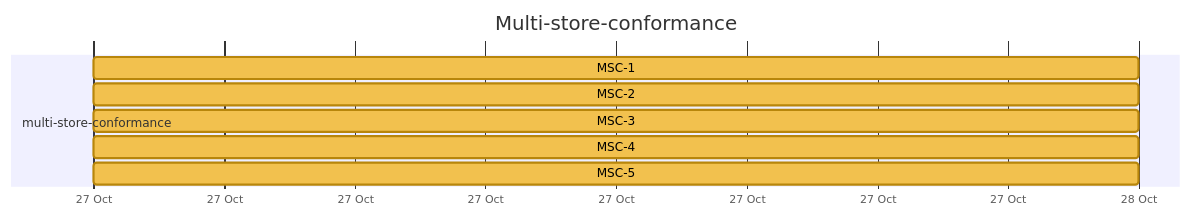
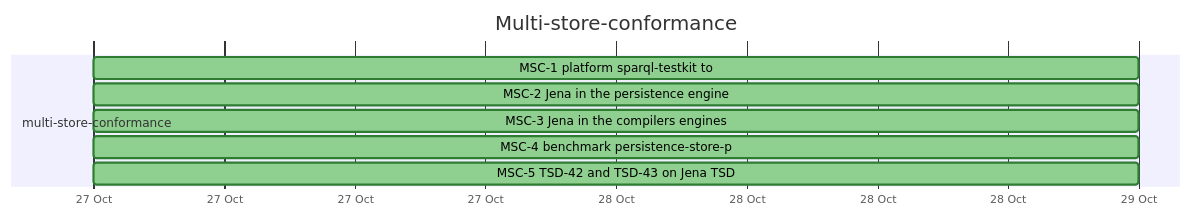
The ninth of 25 diagrams in docs/developer/ROADMAP.md (nebularis/lattice), drawn with Mermaid before and after one commit. The commit also changed other lines of this file and 6 other files, not shown here.

````diff
--- a/docs/developer/ROADMAP.md
+++ b/docs/developer/ROADMAP.md
@@ -305,13 +305,13 @@
 ```mermaid
 %%{init: {"themeVariables": {"taskBkgColor": "#f2c14e", "taskBorderColor": "#b8860b", "taskTextColor": "#000000", "activeTaskBkgColor": "#4e9af1", "activeTaskBorderColor": "#1f5fbf", "activeTaskBorderColor": "#1f5fbf", "doneTaskBkgColor": "#8fcf8f", "doneTaskBorderColor": "#2f7d32", "critBkgColor": "#f28b82", "critBorderColor": "#b23a30", "taskTextDarkColor": "#000000", "taskTextLightColor": "#000000"}}}%%
 gantt
     title Multi-store-conformance
     dateFormat YYYY-MM-DD
     axisFormat %d %b
     section multi-store-conformance
-    MSC-1 :msc1, 2026-10-27, 2026-10-28
-    MSC-2 :msc2, 2026-10-27, 2026-10-28
-    MSC-3 :msc3, 2026-10-27, 2026-10-28
-    MSC-4 :msc4, 2026-10-27, 2026-10-28
-    MSC-5 :msc5, 2026-10-27, 2026-10-28
+    MSC-1 platform sparql-testkit to :done, msc1, 2026-10-27, 2026-10-29
+    MSC-2 Jena in the persistence engine :done, msc2, 2026-10-27, 2026-10-29
+    MSC-3 Jena in the compilers engines :done, msc3, 2026-10-27, 2026-10-29
+    MSC-4 benchmark persistence-store-p :done, msc4, 2026-10-27, 2026-10-29
+    MSC-5 TSD-42 and TSD-43 on Jena TSD :done, msc5, 2026-10-27, 2026-10-29
 ```
````
